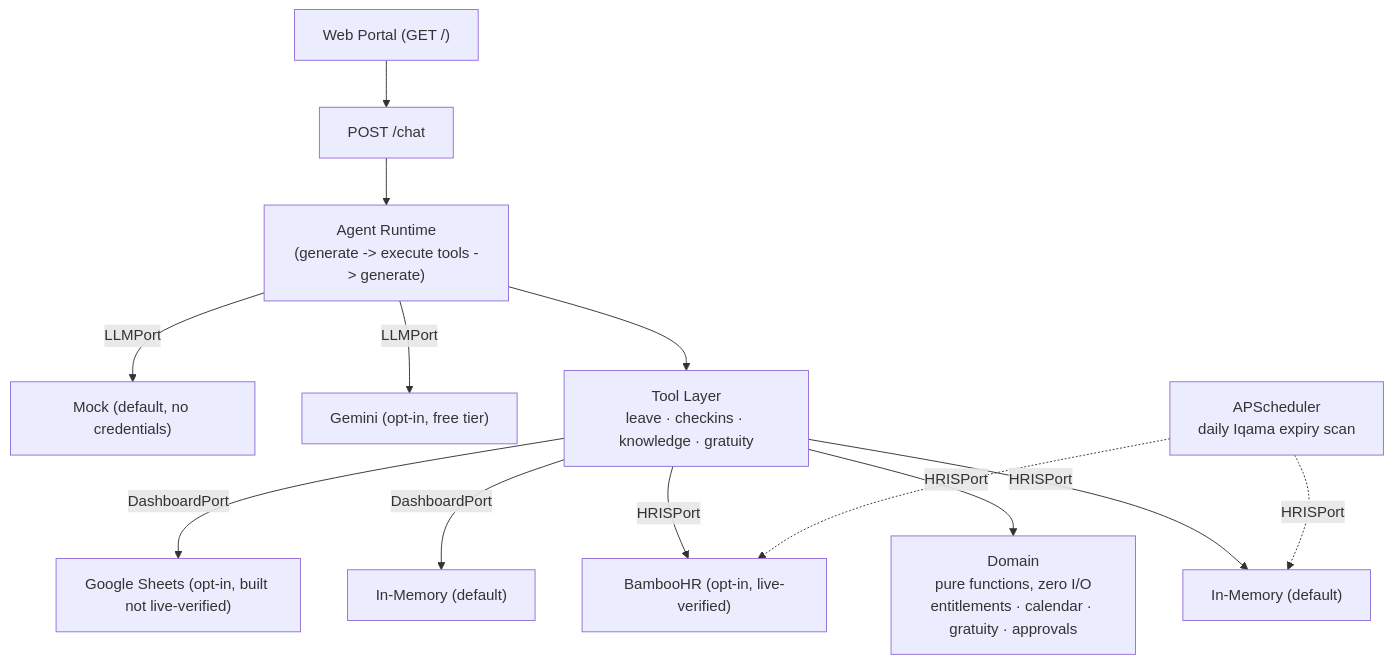
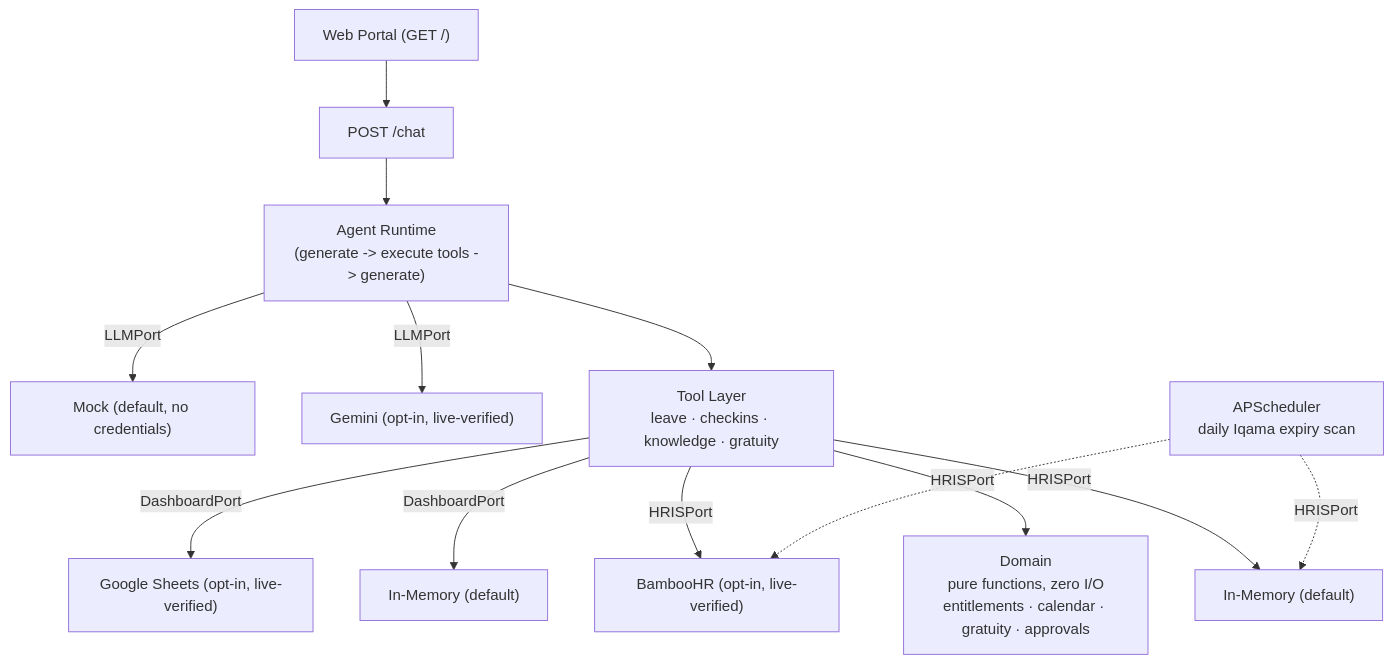
Before and after one commit to Omarsaqr/hr-agent-service: the diagram in README.md, drawn with Mermaid. The commit also changed other lines of this file, not shown here.

First line of the commit message:
docs: update architecture diagram and verification table for Gemini and Sheets

````diff
--- a/README.md
+++ b/README.md
@@ -24,19 +24,19 @@
 ```mermaid
 flowchart TB
     WEB["Web Portal (GET /)"] --> CHAT["POST /chat"]
     CHAT --> RUNTIME["Agent Runtime<br/>(generate -> execute tools -> generate)"]
 
     RUNTIME -->|LLMPort| LLM_MOCK["Mock (default, no credentials)"]
-    RUNTIME -->|LLMPort| LLM_GEMINI["Gemini (opt-in, free tier)"]
+    RUNTIME -->|LLMPort| LLM_GEMINI["Gemini (opt-in, live-verified)"]
 
     RUNTIME --> TOOLS["Tool Layer<br/>leave · checkins · knowledge · gratuity"]
     TOOLS --> DOMAIN["Domain<br/>pure functions, zero I/O<br/>entitlements · calendar · gratuity · approvals"]
 
     TOOLS -->|HRISPort| HRIS_MEM["In-Memory (default)"]
     TOOLS -->|HRISPort| HRIS_BAMBOO["BambooHR (opt-in, live-verified)"]
     TOOLS -->|DashboardPort| DASH_MEM["In-Memory (default)"]
-    TOOLS -->|DashboardPort| DASH_SHEETS["Google Sheets (opt-in, built not live-verified)"]
+    TOOLS -->|DashboardPort| DASH_SHEETS["Google Sheets (opt-in, live-verified)"]
 
     SCHED["APScheduler<br/>daily Iqama expiry scan"] -.->|HRISPort| HRIS_MEM
     SCHED -.->|HRISPort| HRIS_BAMBOO
 ```
````
